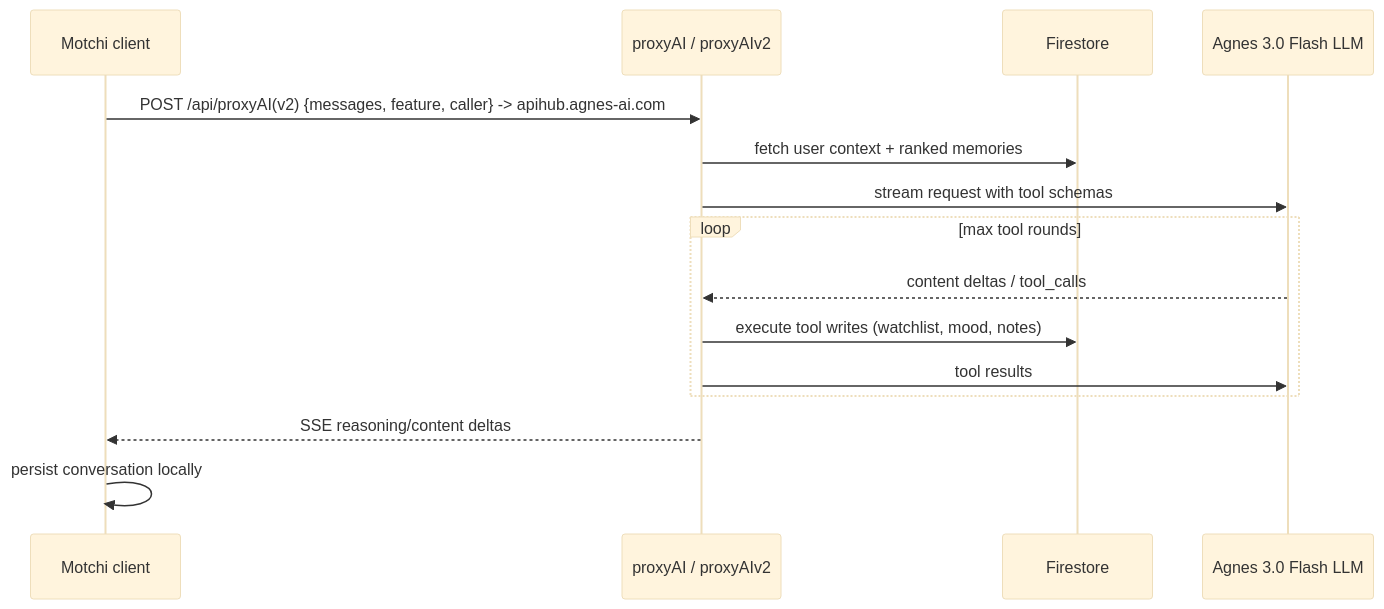
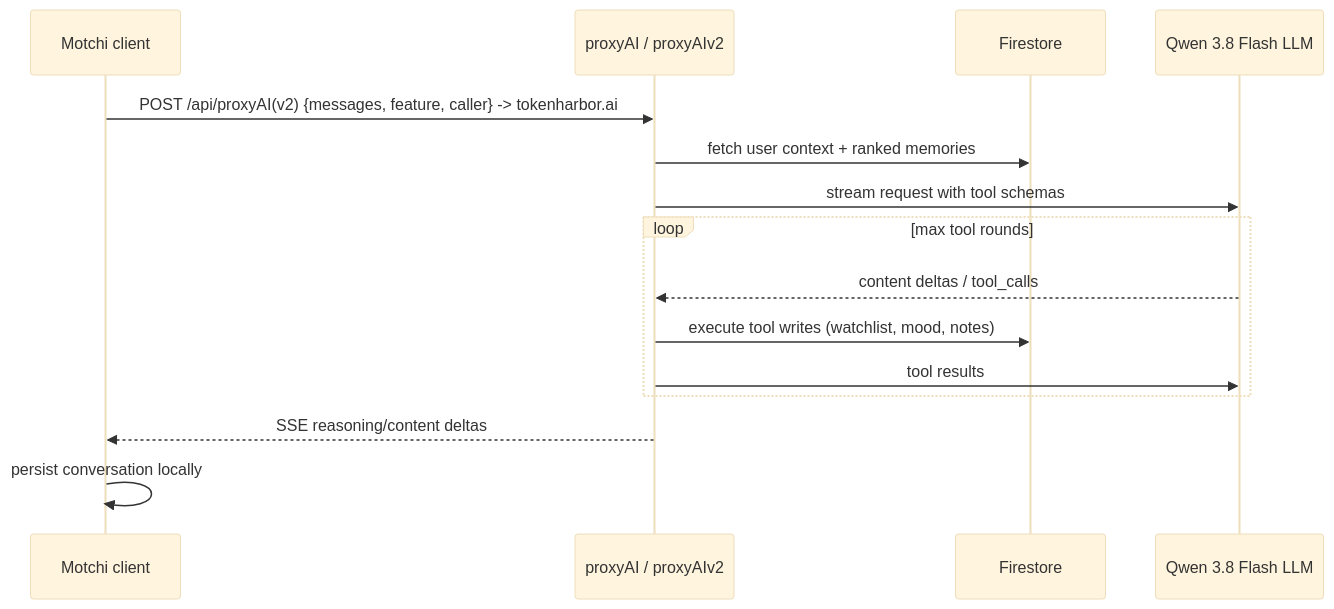
Before and after one commit to khentmoba/Everglow: the sixth of 7 diagrams in docs/ARCHITECTURE.md, drawn with Mermaid (base theme). The commit also changed other lines of this file and 23 other files, not shown here.

````diff
--- a/docs/ARCHITECTURE.md
+++ b/docs/ARCHITECTURE.md
@@ -258,18 +260,18 @@
 ```mermaid
 sequenceDiagram
   participant C as Motchi client
   participant F as proxyAI / proxyAIv2
   participant DB as Firestore
-  participant L as Agnes 3.0 Flash LLM
+  participant L as Qwen 3.8 Flash LLM
 
-  C->>F: POST /api/proxyAI(v2) {messages, feature, caller} -> apihub.agnes-ai.com
+  C->>F: POST /api/proxyAI(v2) {messages, feature, caller} -> tokenharbor.ai
   F->>DB: fetch user context + ranked memories
   F->>L: stream request with tool schemas
   loop max tool rounds
     L-->>F: content deltas / tool_calls
     F->>DB: execute tool writes (watchlist, mood, notes)
     F->>L: tool results
   end
   F-->>C: SSE reasoning/content deltas
   C->>C: persist conversation locally
 ```
````
